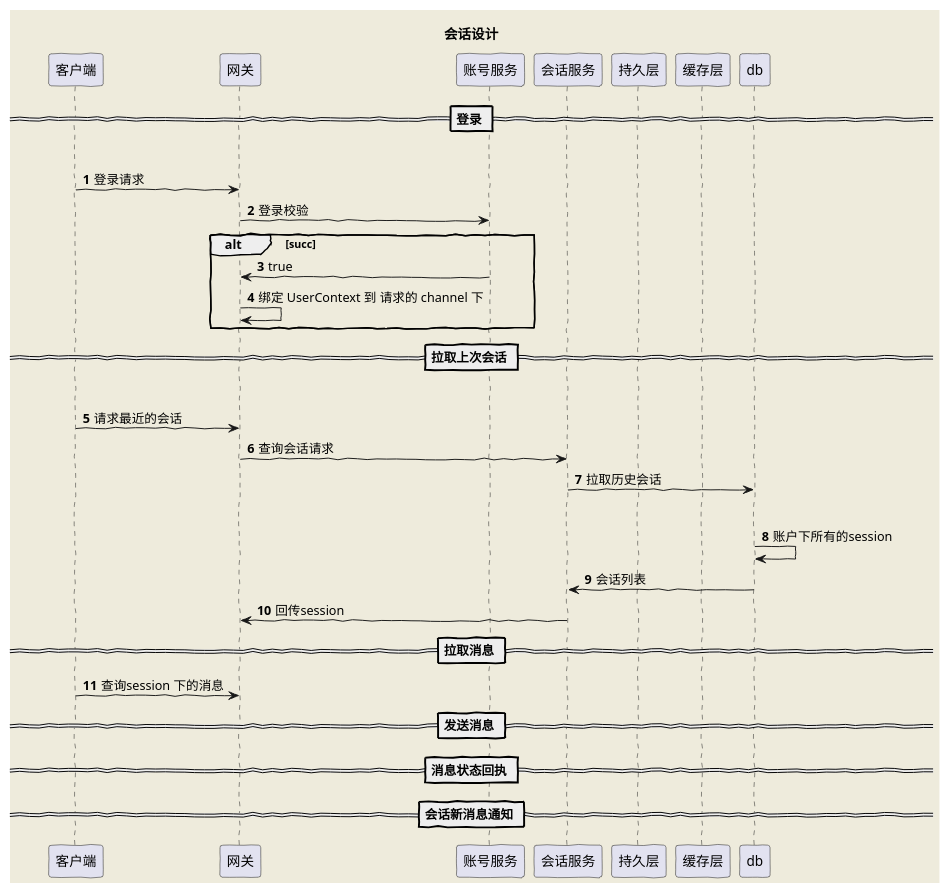
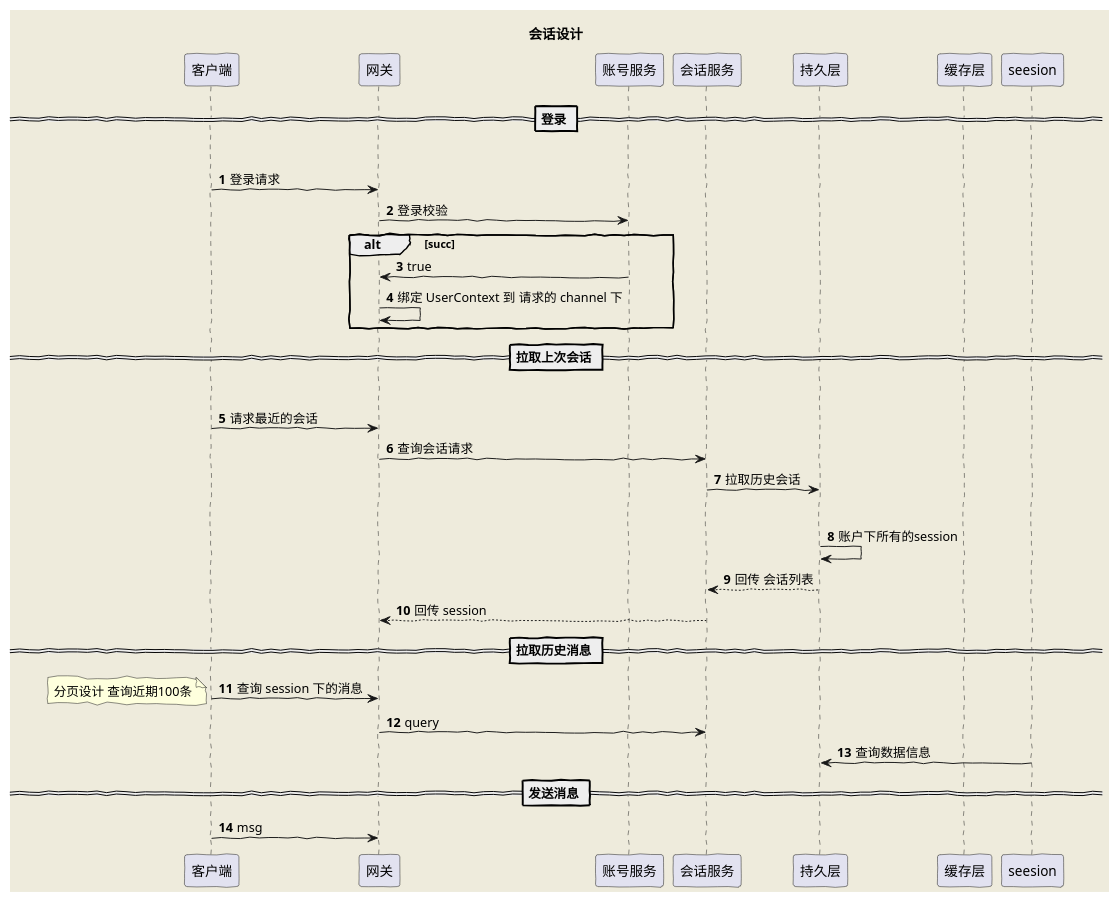
The diagram in doc/src/puml/会话sessino设计.puml (pengpengno/IFxIM), drawn with PlantUML before and after one commit.

Commit message:
会话设计

```diff
--- a/doc/src/puml/会话sessino设计.puml
+++ b/doc/src/puml/会话sessino设计.puml
@@ -1,42 +1,42 @@
 @startuml
 'https://plantuml.com/sequence-diagram
 title 会话设计
 skinparam backgroundColor #EEEBDC
 skinparam handwritten true
 autonumber
 participant 客户端 as client
 participant 网关 as gateway
 participant 账号服务 as account
 participant 会话服务 as session
 participant 持久层 as mysql
 participant 缓存层 as redis
 
 == 登录 ==
 group login
 client -> gateway : 登录请求
 gateway -> account : 登录校验
 alt succ
 account -> gateway : true
 gateway -> gateway:  绑定 UserContext 到 请求的 channel 下
 end login
 == 拉取上次会话 ==
 group 获取会话
 client -> gateway : 请求最近的会话
 gateway -> session : 查询会话请求
-session -> db : 拉取历史会话
+session -> mysql : 拉取历史会话
 group 拉取历史会话
-db -> db : 账户下所有的session
-db -> session : 会话列表
-session ->gateway : 回传session
-== 拉取消息 ==
-client -> gateway: 查询session 下的消息
+mysql -> mysql : 账户下所有的session
+mysql --> session : 回传 会话列表
+session --> gateway : 回传 session
+== 拉取历史消息 ==
+client -> gateway: 查询 session 下的消息
+note left :分页设计 查询近期100条
+gateway -> session : query
+seesion -> mysql : 查询数据信息
 == 发送消息 ==
+client -> gateway : msg
 
-
-== 消息状态回执 ==
-
-== 会话新消息通知 ==
 
 
 
 @enduml
```
